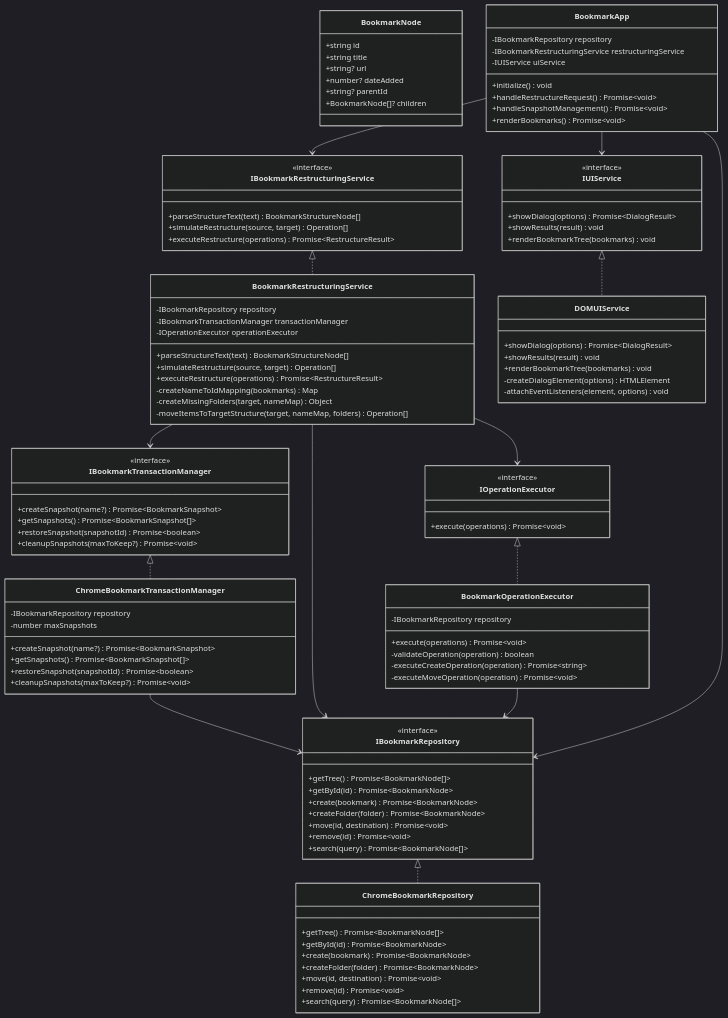
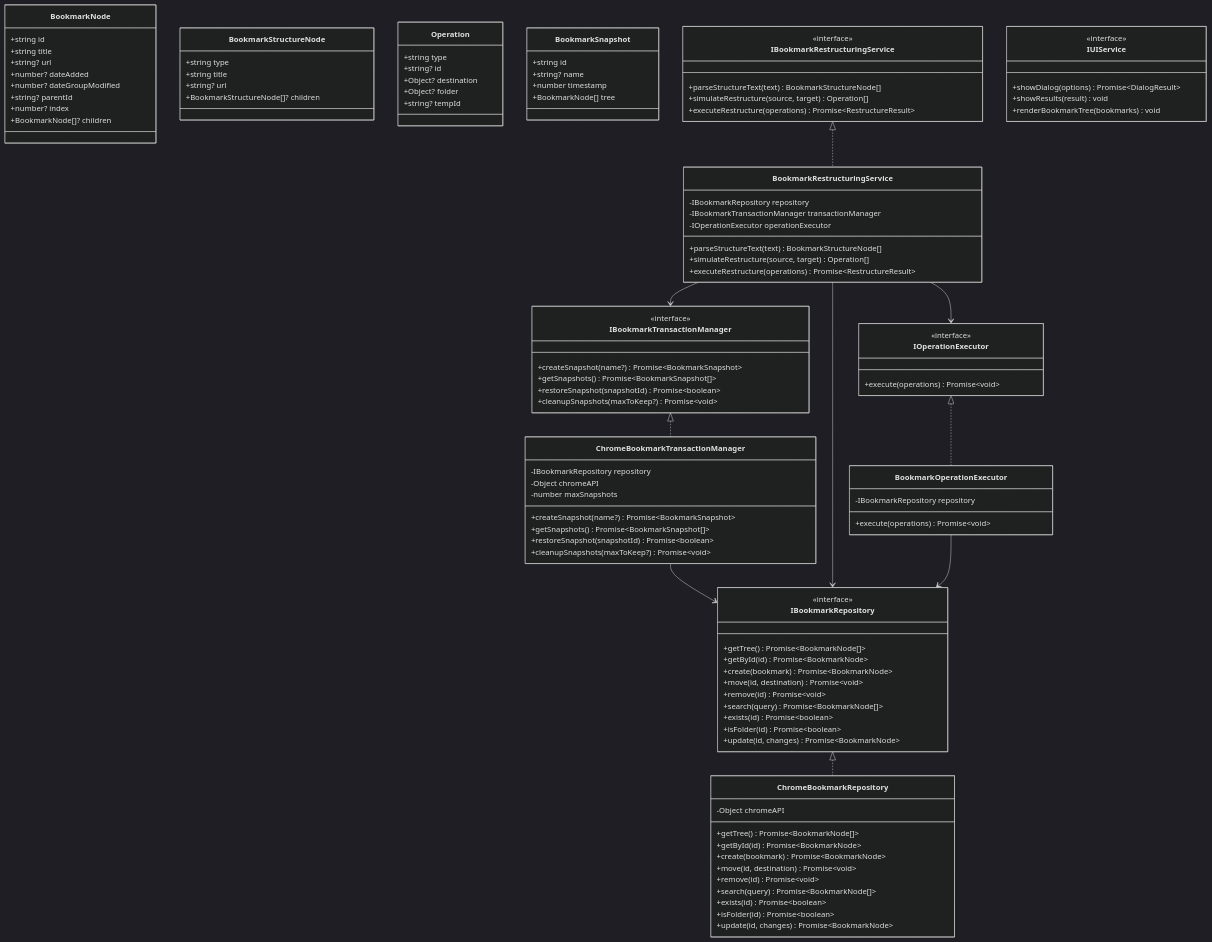
The first of 2 diagrams in spec.md (m1981/bookmark-man), drawn with Mermaid (dark theme) before and after one commit. The commit also changed other lines of this file and 1 other file, not shown here.

Commit message:
Integration SOLID - old restructureAlgorithm.js removed and spec updated

````diff
--- a/spec.md
+++ b/spec.md
@@ -163,8 +134,32 @@
         +string title
         +string? url
         +number? dateAdded
+        +number? dateGroupModified
         +string? parentId
+        +number? index
         +BookmarkNode[]? children
+    }
+    
+    class BookmarkStructureNode {
+        +string type
+        +string title
+        +string? url
+        +BookmarkStructureNode[]? children
+    }
+    
+    class Operation {
+        +string type
+        +string? id
+        +Object? destination
+        +Object? folder
+        +string? tempId
+    }
+    
+    class BookmarkSnapshot {
+        +string id
+        +string? name
+        +number timestamp
+        +BookmarkNode[] tree
     }
     
     class IBookmarkRepository {
@@ -172,20 +167,25 @@
         +getTree() Promise~BookmarkNode[]~
         +getById(id) Promise~BookmarkNode~
         +create(bookmark) Promise~BookmarkNode~
-        +createFolder(folder) Promise~BookmarkNode~
         +move(id, destination) Promise~void~
         +remove(id) Promise~void~
         +search(query) Promise~BookmarkNode[]~
+        +exists(id) Promise~boolean~
+        +isFolder(id) Promise~boolean~
+        +update(id, changes) Promise~BookmarkNode~
     }
     
     class ChromeBookmarkRepository {
+        -Object chromeAPI
         +getTree() Promise~BookmarkNode[]~
         +getById(id) Promise~BookmarkNode~
         +create(bookmark) Promise~BookmarkNode~
-        +createFolder(folder) Promise~BookmarkNode~
         +move(id, destination) Promise~void~
         +remove(id) Promise~void~
         +search(query) Promise~BookmarkNode[]~
+        +exists(id) Promise~boolean~
+        +isFolder(id) Promise~boolean~
+        +update(id, changes) Promise~BookmarkNode~
     }
     
     class IBookmarkTransactionManager {
@@ -198,6 +198,7 @@
     
     class ChromeBookmarkTransactionManager {
         -IBookmarkRepository repository
+        -Object chromeAPI
         -number maxSnapshots
         +createSnapshot(name?) Promise~BookmarkSnapshot~
         +getSnapshots() Promise~BookmarkSnapshot[]~
@@ -219,9 +220,6 @@
         +parseStructureText(text) BookmarkStructureNode[]
         +simulateRestructure(source, target) Operation[]
         +executeRestructure(operations) Promise~RestructureResult~
-        -createNameToIdMapping(bookmarks) Map
-        -createMissingFolders(target, nameMap) Object
-        -moveItemsToTargetStructure(target, nameMap, folders) Operation[]
     }
     
     class IOperationExecutor {
@@ -232,9 +230,6 @@
     class BookmarkOperationExecutor {
         -IBookmarkRepository repository
         +execute(operations) Promise~void~
-        -validateOperation(operation) boolean
-        -executeCreateOperation(operation) Promise~string~
-        -executeMoveOperation(operation) Promise~void~
     }
     
     class IUIService {
@@ -244,36 +239,14 @@
         +renderBookmarkTree(bookmarks) void
     }
     
-    class DOMUIService {
-        +showDialog(options) Promise~DialogResult~
-        +showResults(result) void
-        +renderBookmarkTree(bookmarks) void
-        -createDialogElement(options) HTMLElement
-        -attachEventListeners(element, options) void
-    }
-    
-    class BookmarkApp {
-        -IBookmarkRepository repository
-        -IBookmarkRestructuringService restructuringService
-        -IUIService uiService
-        +initialize() void
-        +handleRestructureRequest() Promise~void~
-        +handleSnapshotManagement() Promise~void~
-        +renderBookmarks() Promise~void~
-    }
-    
     IBookmarkRepository <|.. ChromeBookmarkRepository
     IBookmarkTransactionManager <|.. ChromeBookmarkTransactionManager
     IBookmarkRestructuringService <|.. BookmarkRestructuringService
     IOperationExecutor <|.. BookmarkOperationExecutor
-    IUIService <|.. DOMUIService
     
     ChromeBookmarkTransactionManager --> IBookmarkRepository
     BookmarkRestructuringService --> IBookmarkRepository
     BookmarkRestructuringService --> IBookmarkTransactionManager
     BookmarkRestructuringService --> IOperationExecutor
     BookmarkOperationExecutor --> IBookmarkRepository
-    BookmarkApp --> IBookmarkRepository
-    BookmarkApp --> IBookmarkRestructuringService
-    BookmarkApp --> IUIService
 ```
````
